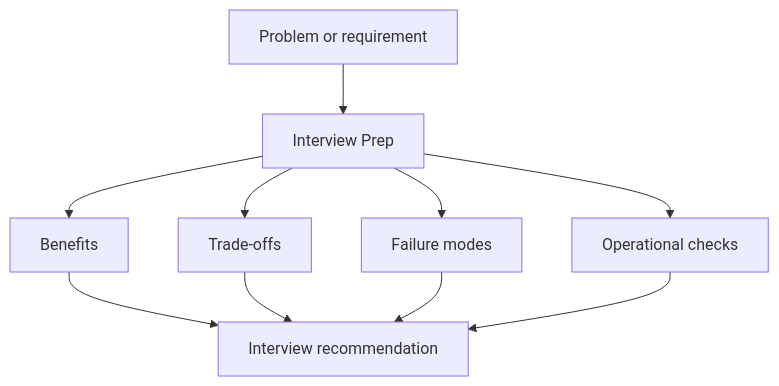
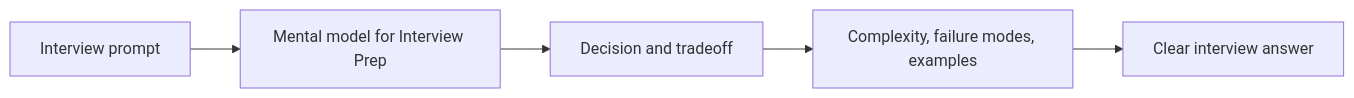
The diagram in interview-prep/index.md (abstractinterviews/abstractinterviews.github.io), drawn with Mermaid before and after one commit. The commit also changed other lines of this file and 278 other files, not shown here.

````diff
--- a/interview-prep/index.md
+++ b/interview-prep/index.md
@@ -70,12 +62,7 @@
-~~~mermaid
-flowchart TD
-    Problem["Problem or requirement"] --> Concept["Interview Prep"]
-    Concept --> Benefits["Benefits"]
-    Concept --> Tradeoffs["Trade-offs"]
-    Concept --> FailureModes["Failure modes"]
-    Concept --> Operations["Operational checks"]
-    Benefits --> Decision["Interview recommendation"]
-    Tradeoffs --> Decision
-    FailureModes --> Decision
-    Operations --> Decision
-~~~
+```mermaid
+flowchart LR
+    Problem["Interview prompt"] --> Model["Mental model for Interview Prep"]
+    Model --> Choice["Decision and tradeoff"]
+    Choice --> Evidence["Complexity, failure modes, examples"]
+    Evidence --> Answer["Clear interview answer"]
+```
````
